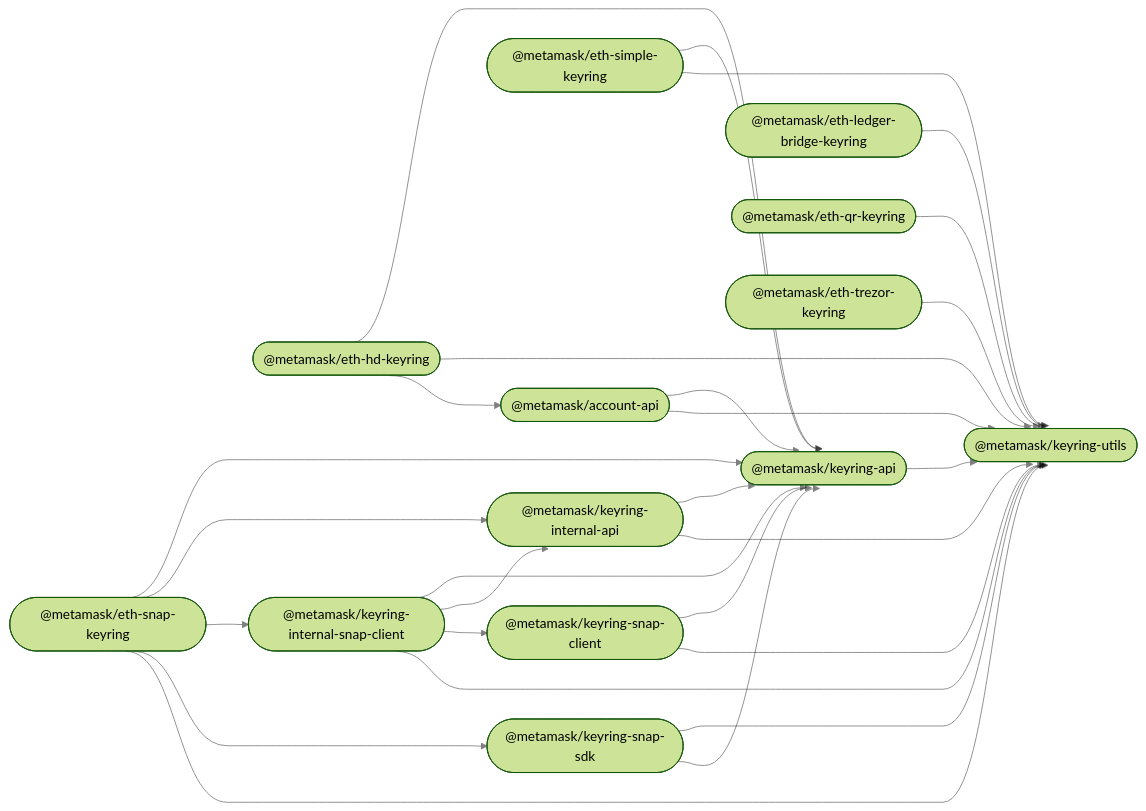
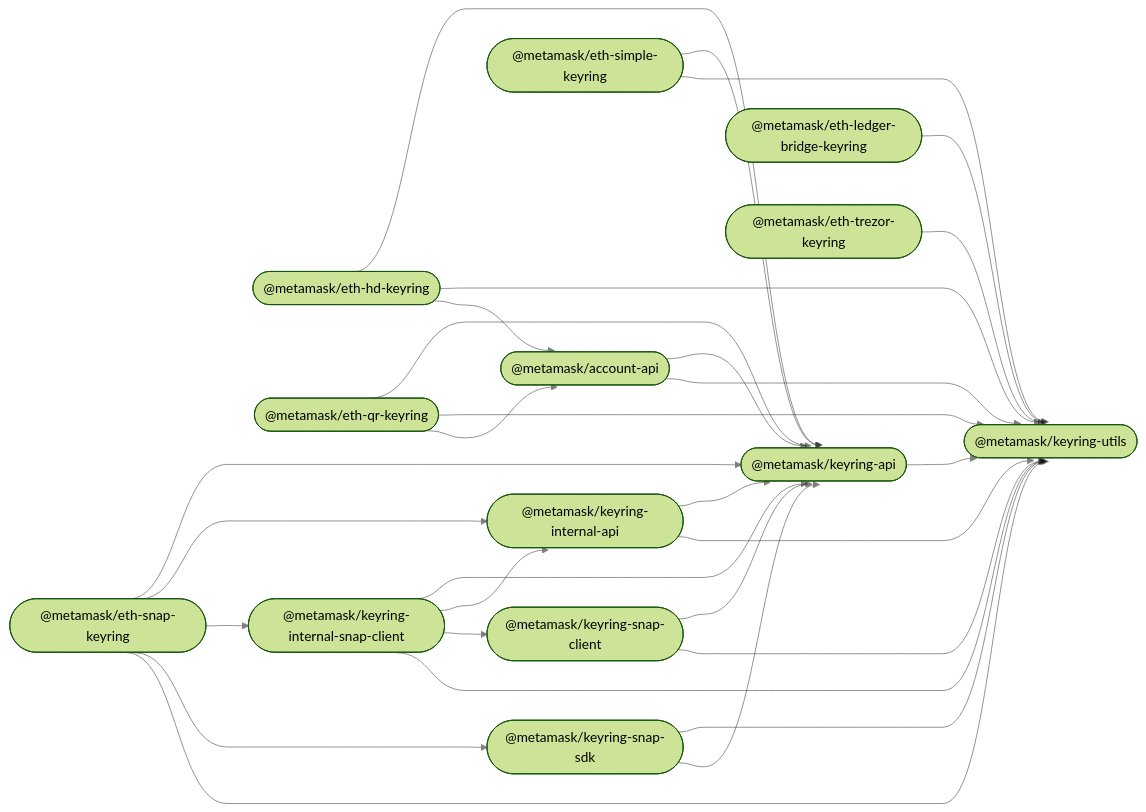
One commit to MetaMask/accounts changed the diagram in README.md. Above: the diagram before and after it, drawn with Mermaid (forest theme).

````diff
--- a/README.md
+++ b/README.md
@@ -35,44 +35,46 @@
 ```mermaid
 %%{ init: { 'flowchart': { 'curve': 'bumpX' } } }%%
 graph LR;
 linkStyle default opacity:0.5
   account_api(["@metamask/account-api"]);
   keyring_api(["@metamask/keyring-api"]);
   eth_hd_keyring(["@metamask/eth-hd-keyring"]);
   eth_ledger_bridge_keyring(["@metamask/eth-ledger-bridge-keyring"]);
   eth_qr_keyring(["@metamask/eth-qr-keyring"]);
   eth_simple_keyring(["@metamask/eth-simple-keyring"]);
   eth_trezor_keyring(["@metamask/eth-trezor-keyring"]);
   keyring_internal_api(["@metamask/keyring-internal-api"]);
   keyring_internal_snap_client(["@metamask/keyring-internal-snap-client"]);
   eth_snap_keyring(["@metamask/eth-snap-keyring"]);
   keyring_snap_client(["@metamask/keyring-snap-client"]);
   keyring_snap_sdk(["@metamask/keyring-snap-sdk"]);
   keyring_utils(["@metamask/keyring-utils"]);
   account_api --> keyring_api;
   account_api --> keyring_utils;
   keyring_api --> keyring_utils;
   eth_hd_keyring --> keyring_api;
   eth_hd_keyring --> keyring_utils;
   eth_hd_keyring --> account_api;
   eth_ledger_bridge_keyring --> keyring_utils;
+  eth_qr_keyring --> keyring_api;
   eth_qr_keyring --> keyring_utils;
+  eth_qr_keyring --> account_api;
   eth_simple_keyring --> keyring_api;
   eth_simple_keyring --> keyring_utils;
   eth_trezor_keyring --> keyring_utils;
   keyring_internal_api --> keyring_api;
   keyring_internal_api --> keyring_utils;
   keyring_internal_snap_client --> keyring_api;
   keyring_internal_snap_client --> keyring_internal_api;
   keyring_internal_snap_client --> keyring_snap_client;
   keyring_internal_snap_client --> keyring_utils;
   eth_snap_keyring --> keyring_api;
   eth_snap_keyring --> keyring_internal_api;
   eth_snap_keyring --> keyring_internal_snap_client;
   eth_snap_keyring --> keyring_snap_sdk;
   eth_snap_keyring --> keyring_utils;
   keyring_snap_client --> keyring_api;
   keyring_snap_client --> keyring_utils;
   keyring_snap_sdk --> keyring_utils;
   keyring_snap_sdk --> keyring_api;
 ```
````
